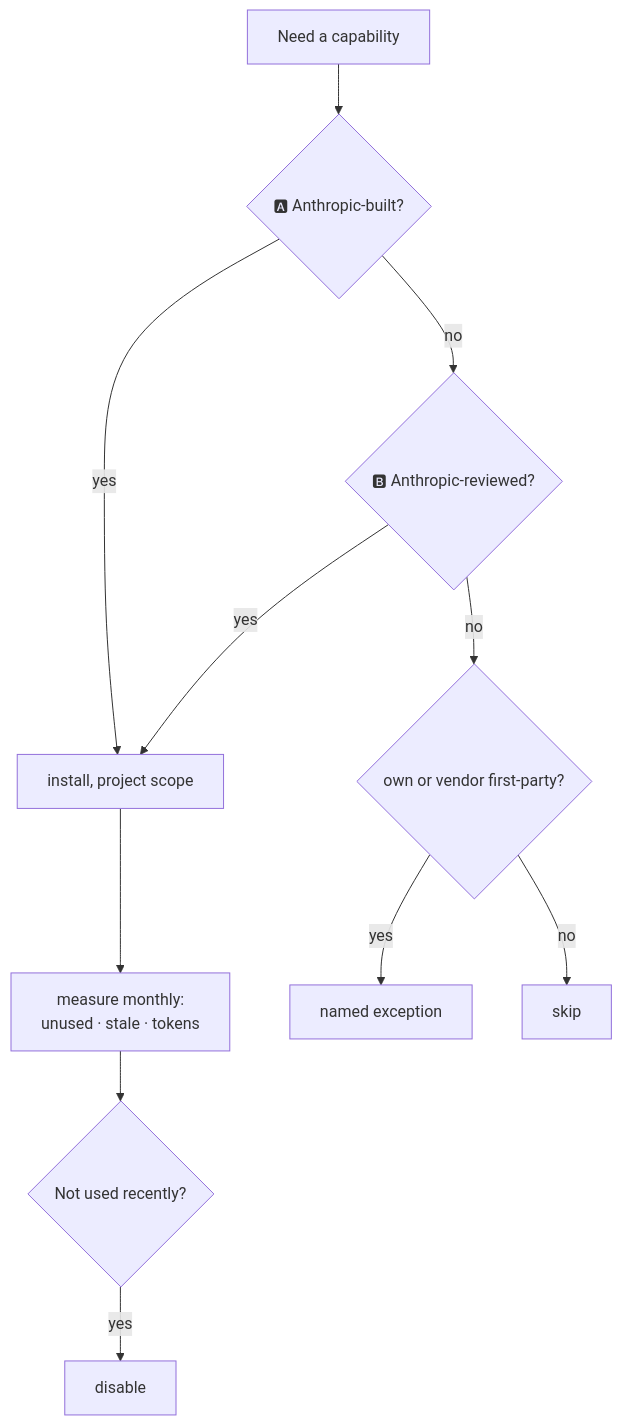
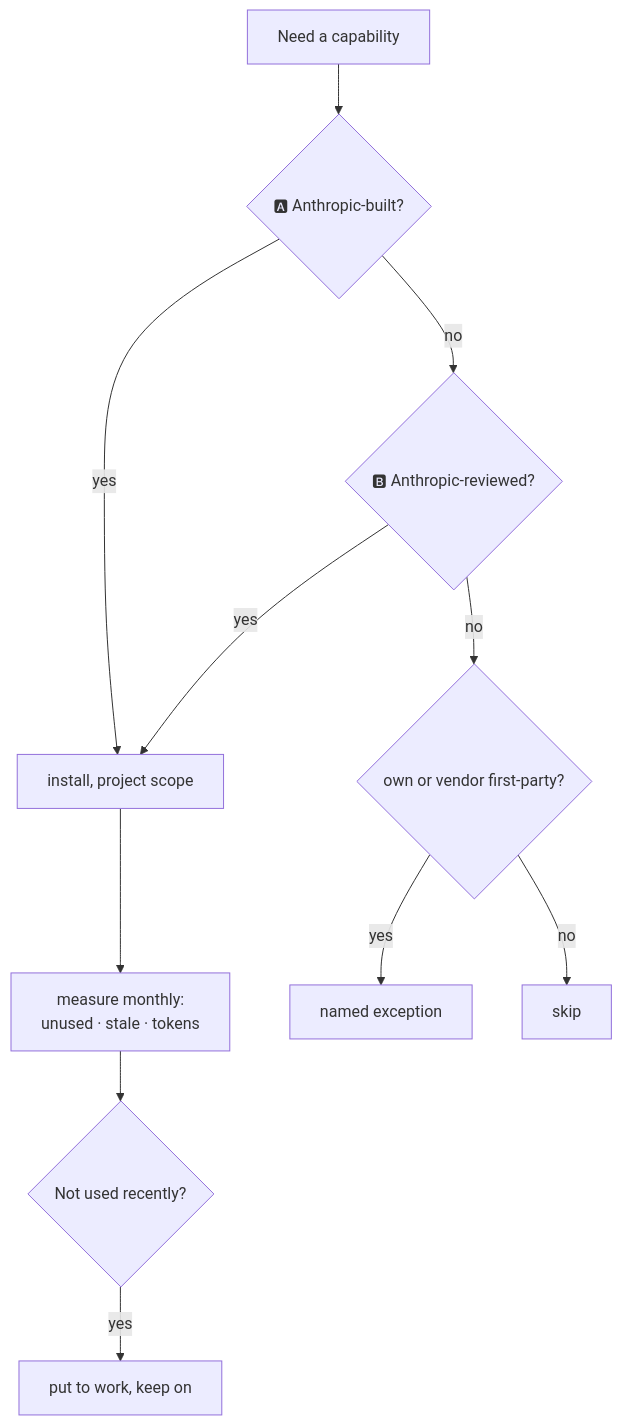
The fourth of 4 diagrams in templates/claude/README.md (Colorado-Startups/claudius), drawn with Mermaid before and after one commit. The commit also changed other lines of this file and 7 other files, not shown here.

````diff
--- a/templates/claude/README.md
+++ b/templates/claude/README.md
@@ -116,12 +116,12 @@
 ```mermaid
 flowchart TD
   N[Need a capability] --> Q1{🅰 Anthropic-built?}
   Q1 -->|yes| I[install, project scope]
   Q1 -->|no| Q2{🅱 Anthropic-reviewed?}
   Q2 -->|yes| I
   Q2 -->|no| Q3{own or vendor first-party?}
   Q3 -->|yes| X[named exception]
   Q3 -->|no| Z[skip]
   I --> M[measure monthly:<br/>unused · stale · tokens] --> P{Not used recently?}
-  P -->|yes| D[disable]
+  P -->|yes| D[put to work, keep on]
 ```
````
